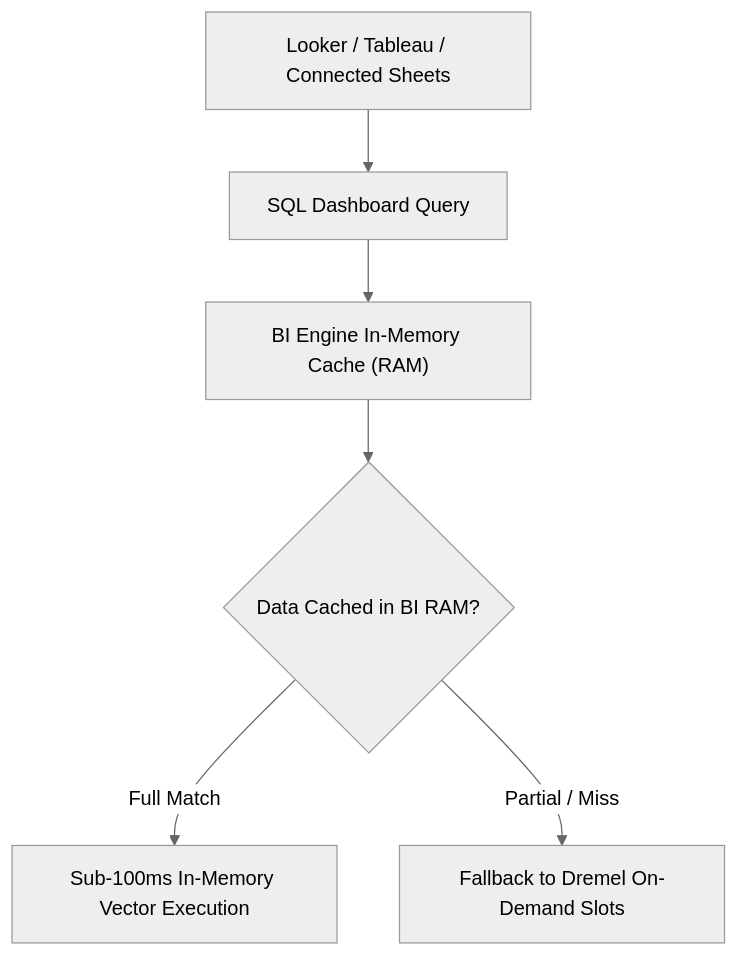
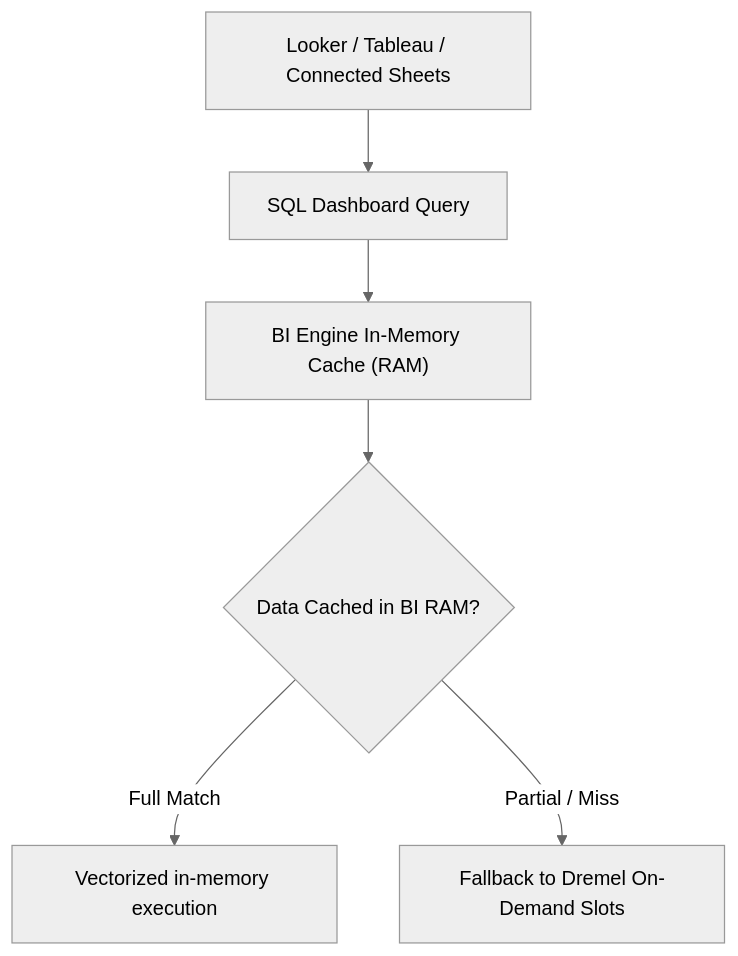
Before and after one commit to Rohit1024/data-engineer: the second of 2 diagrams in docs/lessons/0012-materialized-views-bi-engine.md, drawn with Mermaid (neutral theme). The commit also changed other lines of this file and 60 other files, not shown here.

````diff
--- a/docs/lessons/0012-materialized-views-bi-engine.md
+++ b/docs/lessons/0012-materialized-views-bi-engine.md
@@ -57,8 +57,8 @@
 ``` mermaid
 flowchart TD
     Dashboard["Looker / Tableau / Connected Sheets"] --> BIQuery["SQL Dashboard Query"]
     BIQuery --> BIEngine["BI Engine In-Memory Cache (RAM)"]
     BIEngine --> Match{"Data Cached in BI RAM?"}
-    Match -- "Full Match" --> InMemEval["Sub-100ms In-Memory Vector Execution"]
+    Match -- "Full Match" --> InMemEval["Vectorized in-memory execution"]
     Match -- "Partial / Miss" --> DremelFallback["Fallback to Dremel On-Demand Slots"]
 ```
````
